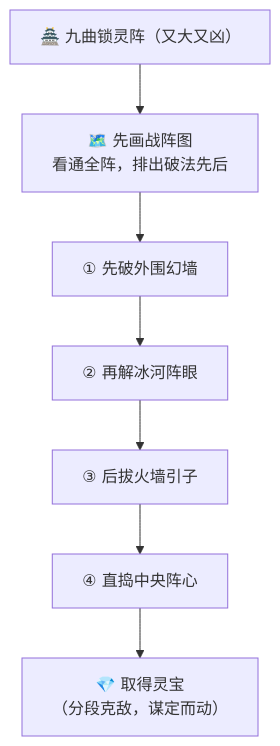
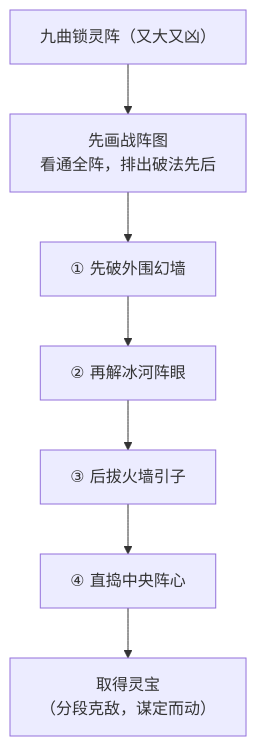
One commit to luckykhy/KhyAiHub changed the second of 2 diagrams in docs/09_STORY_修仙学AI/STORY-番外/[STORY-番外-109] 番外10·先谋后动·分段克敌.md. Above: the diagram before and after it, drawn with Mermaid. The commit also changed other lines of this file and 19 other files, not shown here.

````diff
--- a/docs/09_STORY_修仙学AI/STORY-番外/[STORY-番外-109] 番外10·先谋后动·分段克敌.md
+++ b/docs/09_STORY_修仙学AI/STORY-番外/[STORY-番外-109] 番外10·先谋后动·分段克敌.md
@@ -77,10 +77,10 @@
 ```mermaid
 flowchart TB
-  ZHEN["🏯 九曲锁灵阵（又大又凶）"]
-  ZHEN --> MAP["🗺️ 先画战阵图<br/>看通全阵，排出破法先后"]
+  ZHEN["九曲锁灵阵（又大又凶）"]
+  ZHEN --> MAP["先画战阵图<br/>看通全阵，排出破法先后"]
   MAP --> B1["① 先破外围幻墙"]
   B1 --> B2["② 再解冰河阵眼"]
   B2 --> B3["③ 后拔火墙引子"]
   B3 --> B4["④ 直捣中央阵心"]
-  B4 --> BAO["💎 取得灵宝<br/>（分段克敌，谋定而动）"]
+  B4 --> BAO["取得灵宝<br/>（分段克敌，谋定而动）"]
 ```
````
